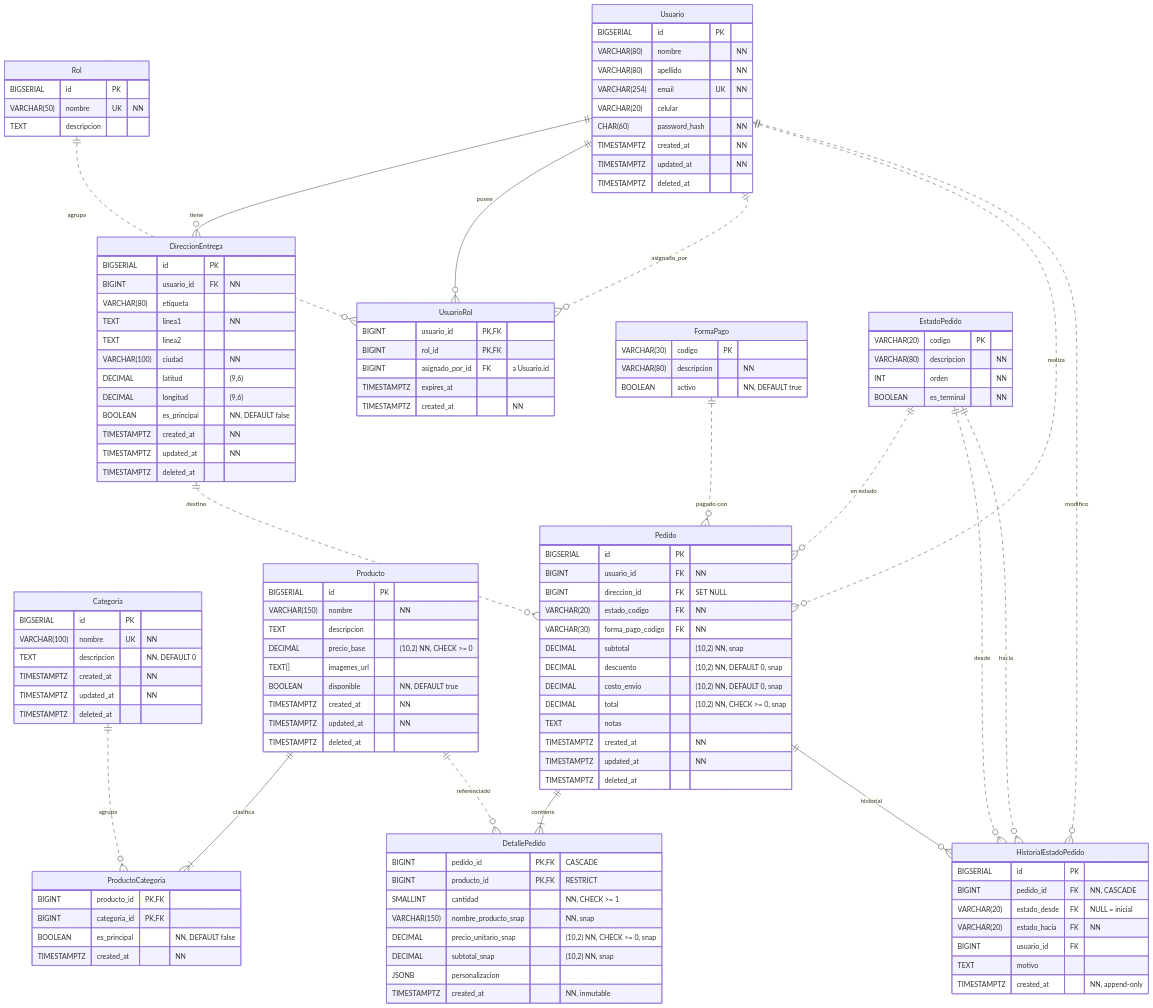
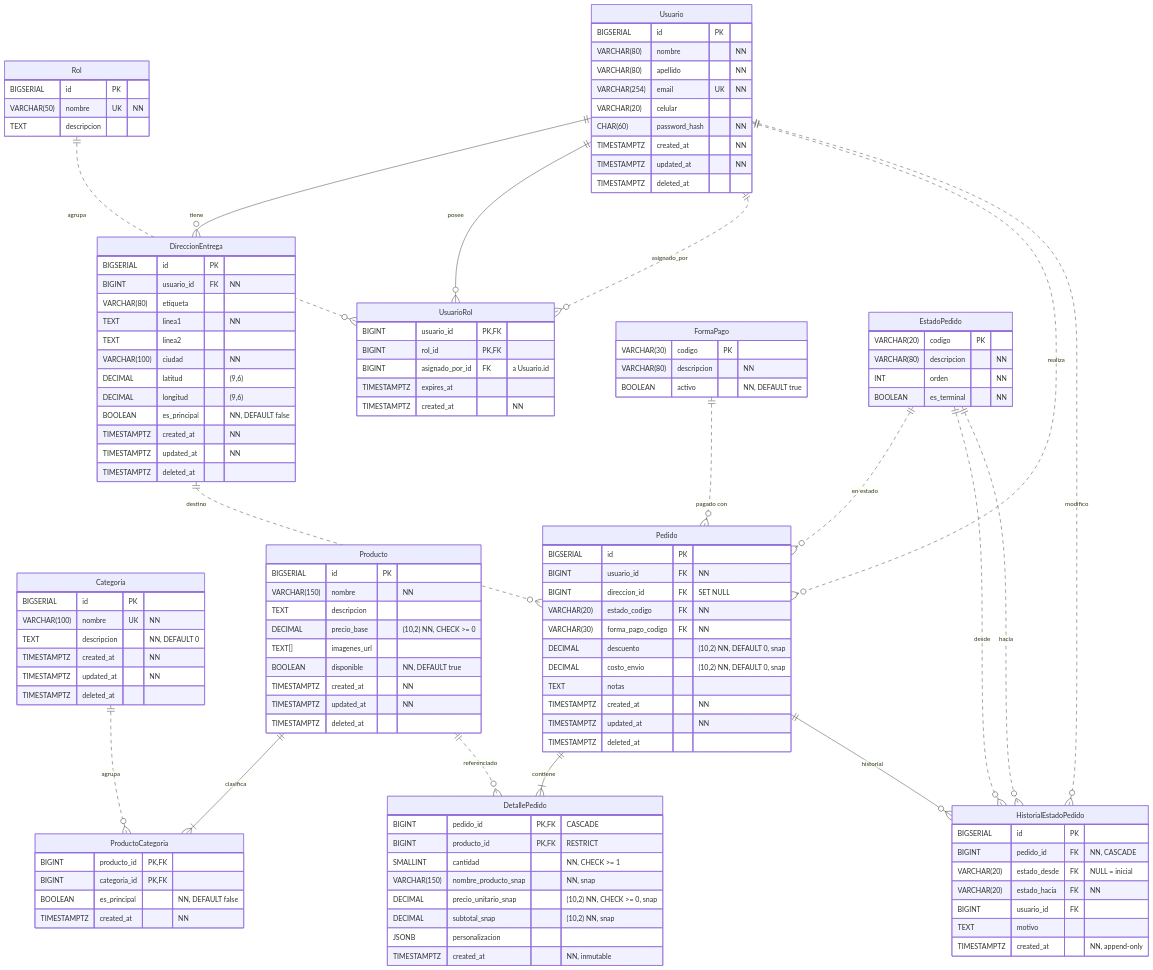
The diagram in backend/doc/uml_food_store.md (jdario9912/tp-unidades-programacion-IV), drawn with Mermaid before and after one commit. The commit also changed 2 other files, not shown here.

Commit message:
feat/backend: uml model y schema pedido

```diff
--- a/backend/doc/uml_food_store.md
+++ b/backend/doc/uml_food_store.md
@@ -109,10 +109,8 @@
         BIGINT direccion_id FK "SET NULL"
         VARCHAR(20) estado_codigo FK "NN"
         VARCHAR(30) forma_pago_codigo FK "NN"
-        DECIMAL subtotal "(10,2) NN, snap"
         DECIMAL descuento "(10,2) NN, DEFAULT 0, snap"
         DECIMAL costo_envio "(10,2) NN, DEFAULT 0, snap"
-        DECIMAL total "(10,2) NN, CHECK >= 0, snap"
         TEXT notas
         TIMESTAMPTZ created_at "NN"
         TIMESTAMPTZ updated_at "NN"
```
